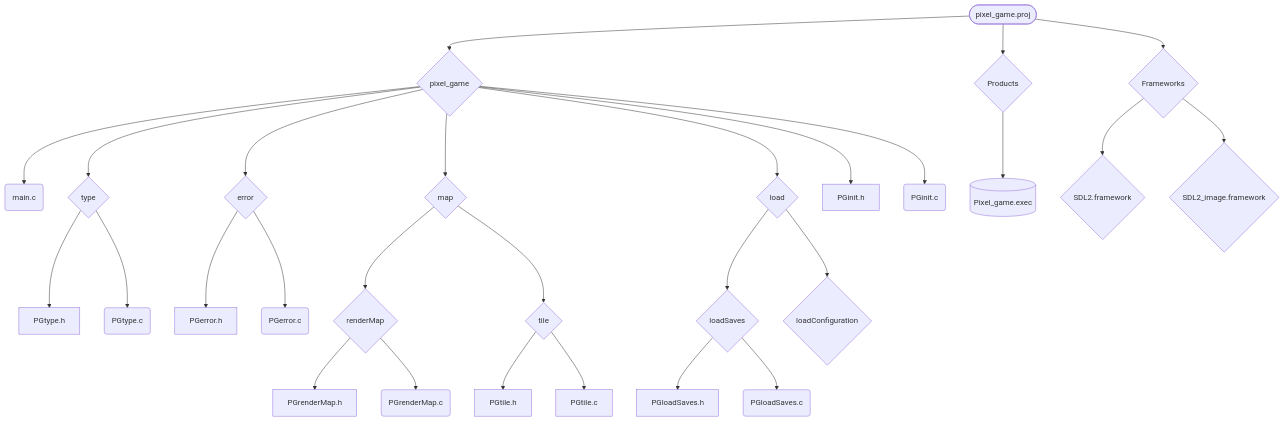
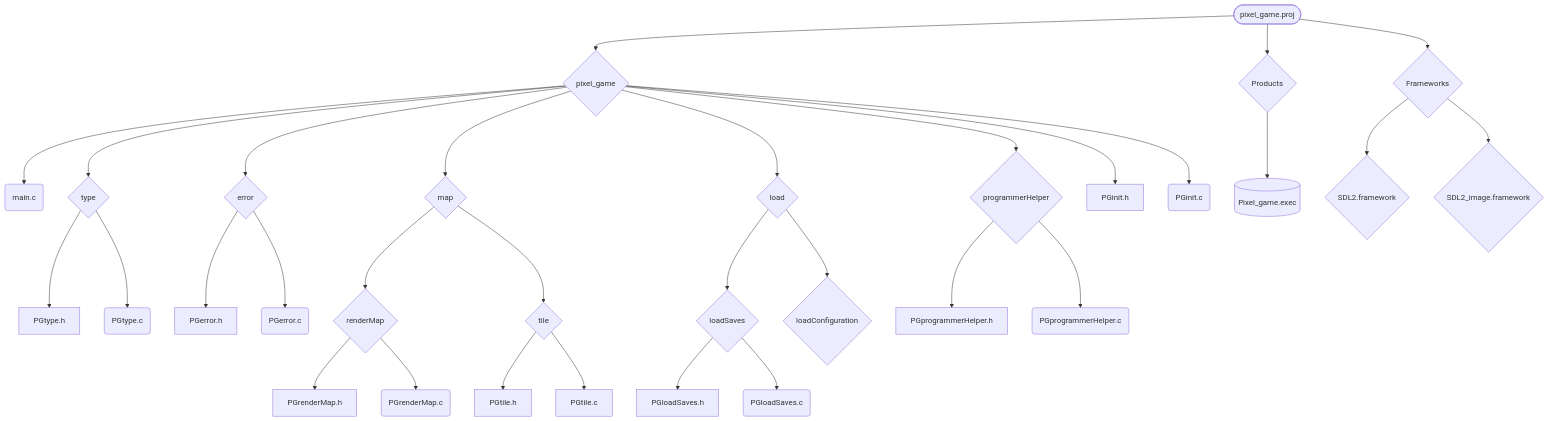
One commit to StarSugar/a_pixel_game_without_name_by_c changed the second of 2 diagrams in blog/blog20220129.md. Above: the diagram before and after it, drawn with Mermaid. The commit also changed other lines of this file, not shown here.

````diff
--- a/blog/blog20220129.md
+++ b/blog/blog20220129.md
@@ -73,30 +36,33 @@
 ```mermaid
 graph
 pixel_game.proj([pixel_game.proj])
 pixel_game.proj-->pixel_game{pixel_game}
 pixel_game-->main.c(main.c)
 pixel_game-->type{type}
 type-->PGtype.h[PGtype.h]
 type-->PGtype.c(PGtype.c)
 pixel_game-->error{error}
 error-->PGerror.h[PGerror.h]
 error-->PGerror.c(PGerror.c)
 pixel_game-->map{map}
 map-->renderMap{renderMap}
 renderMap-->PGrenderMap.h[PGrenderMap.h]
 renderMap-->PGrenderMap.c(PGrenderMap.c)
 map-->tile{tile}
 tile-->PGtile.h[PGtile.h]
 tile-->PGtile.c[PGtile.c]
 pixel_game-->load{load}
 load-->loadSaves{loadSaves}
 loadSaves-->PGloadSaves.h[PGloadSaves.h]
 loadSaves-->PGloadSaves.c(PGloadSaves.c)
 load-->loadConfiguration{loadConfiguration}
+pixel_game-->programmerHelper{programmerHelper}
+programmerHelper-->PGprogrammerHelper.h[PGprogrammerHelper.h]
+programmerHelper-->PGprogrammerHelper.c(PGprogrammerHelper.c)
 pixel_game-->PGinit.h[PGinit.h]
 pixel_game-->PGinit.c(PGinit.c)
 pixel_game.proj-->Products{Products}-->Pixel_game.exec[(Pixel_game.exec)]
 pixel_game.proj-->Frameworks{Frameworks}
 Frameworks-->SDL2.framework{SDL2.framework}
 Frameworks-->SDL2_image.framework{SDL2_image.framework}
 ```
````
